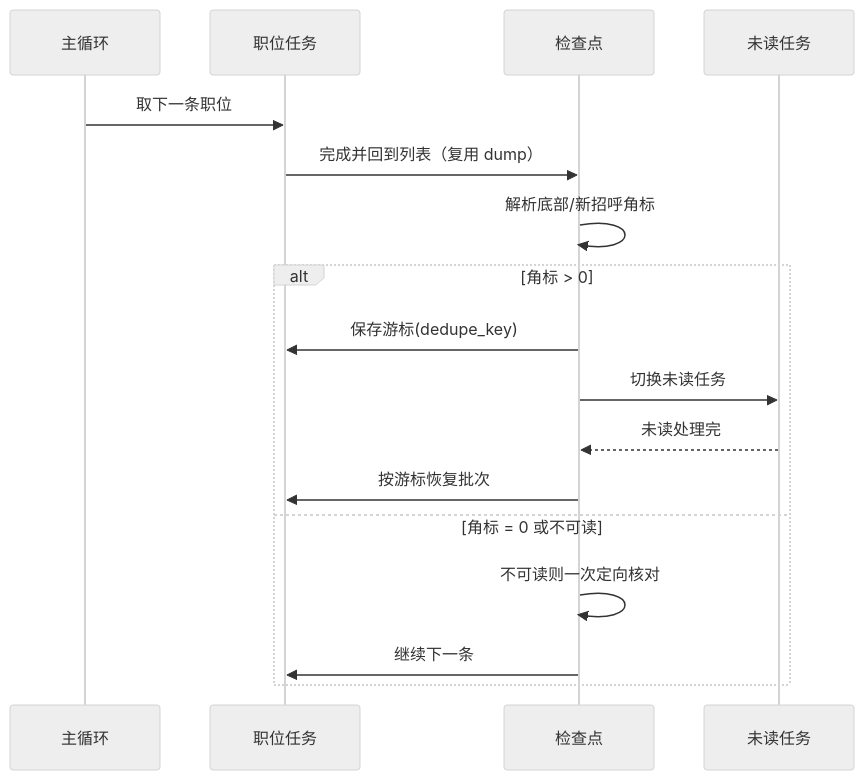
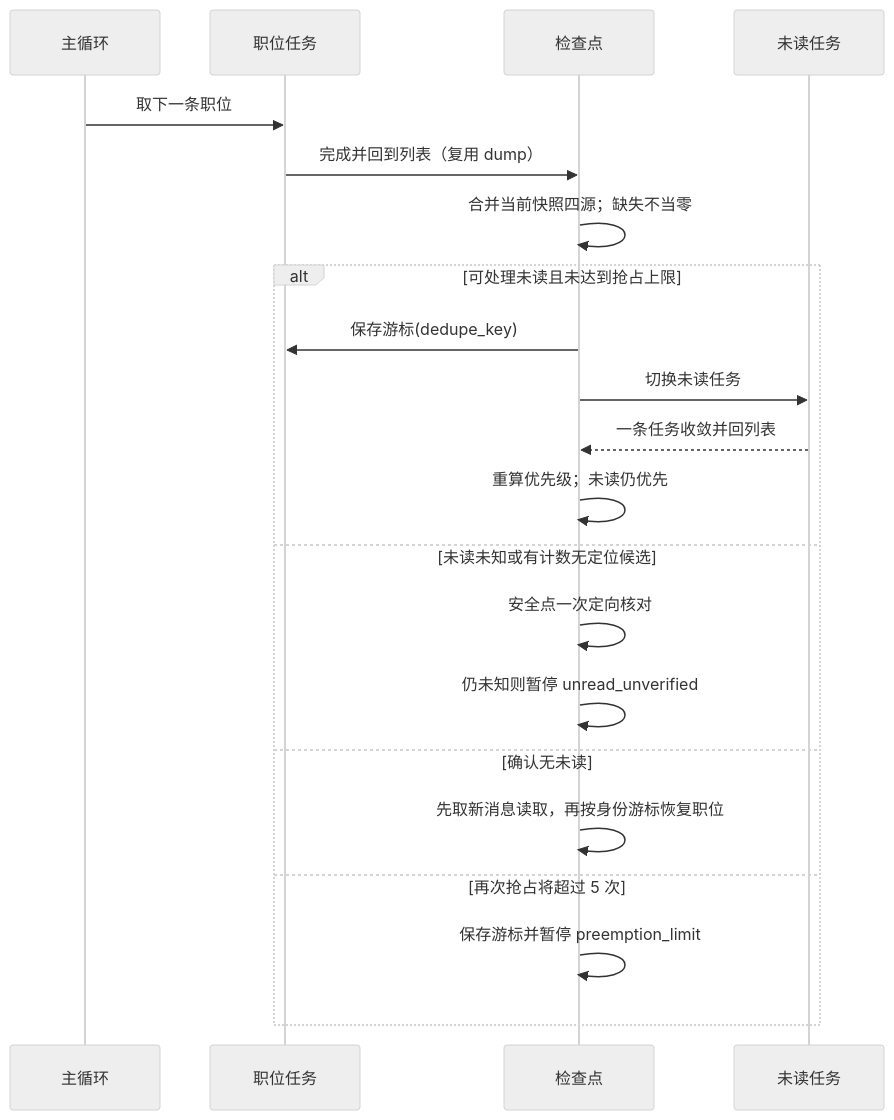
One commit to bin448482/job-application-openagent changed the fourth of 6 diagrams in docs/BOSS直聘_求职自动化_实施计划_20261123.md. Above: the diagram before and after it, drawn with Mermaid (neutral theme). The commit also changed other lines of this file and 4 other files, not shown here.

````diff
--- a/docs/BOSS直聘_求职自动化_实施计划_20261123.md
+++ b/docs/BOSS直聘_求职自动化_实施计划_20261123.md
@@ -103,20 +119,24 @@
 ```mermaid
 sequenceDiagram
   participant L as 主循环
   participant J as 职位任务
   participant C as 检查点
   participant U as 未读任务
 
   L->>J: 取下一条职位
   J->>C: 完成并回到列表（复用 dump）
-  C->>C: 解析底部/新招呼角标
-  alt 角标 > 0
+  C->>C: 合并当前快照四源；缺失不当零
+  alt 可处理未读且未达到抢占上限
     C->>J: 保存游标(dedupe_key)
     C->>U: 切换未读任务
-    U-->>C: 未读处理完
-    C->>J: 按游标恢复批次
-  else 角标 = 0 或不可读
-    C->>C: 不可读则一次定向核对
-    C->>J: 继续下一条
+    U-->>C: 一条任务收敛并回列表
+    C->>C: 重算优先级；未读仍优先
+  else 未读未知或有计数无定位候选
+    C->>C: 安全点一次定向核对
+    C->>C: 仍未知则暂停 unread_unverified
+  else 确认无未读
+    C->>C: 先取新消息读取，再按身份游标恢复职位
+  else 再次抢占将超过 5 次
+    C->>C: 保存游标并暂停 preemption_limit
   end
 ```
````
